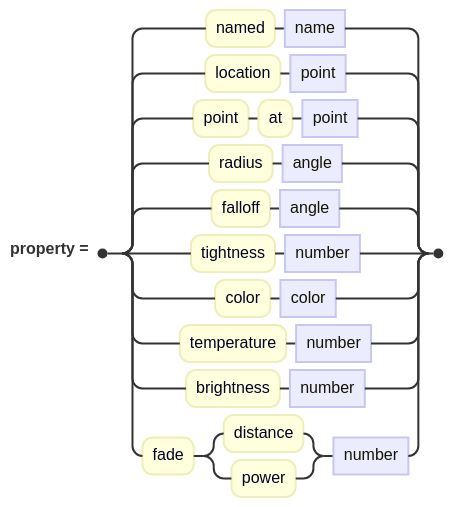
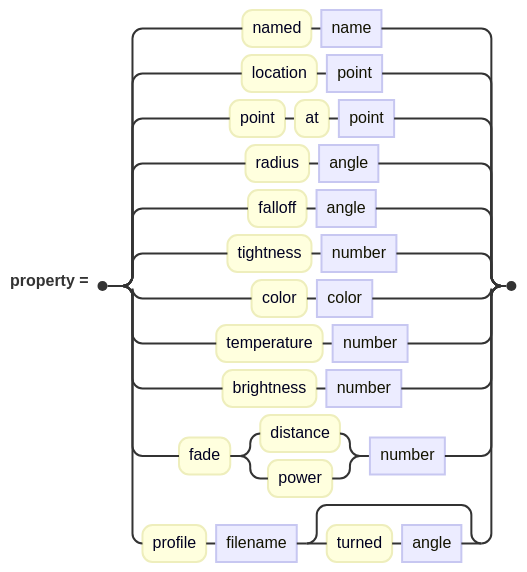
The diagram in docs/diagrams/lights/spotLight.mmd (jskress/RayTracer), drawn with Mermaid before and after one commit. The commit also changed 31 other files, not shown here.

```diff
--- a/docs/diagrams/lights/spotLight.mmd
+++ b/docs/diagrams/lights/spotLight.mmd
@@ -1,7 +1,8 @@
 railroad-ebnf-beta
 title "Spotlight properties"
 
 property = "named" name | "location" point | "point" "at" point
          | "radius" angle | "falloff" angle | "tightness" number
          | "color" color | "temperature" number | "brightness" number
-         | "fade" ( "distance" | "power" ) number ;
+         | "fade" ( "distance" | "power" ) number
+         | "profile" filename [ "turned" angle ] ;
```
